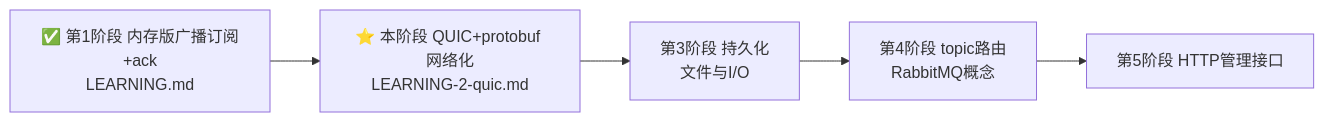
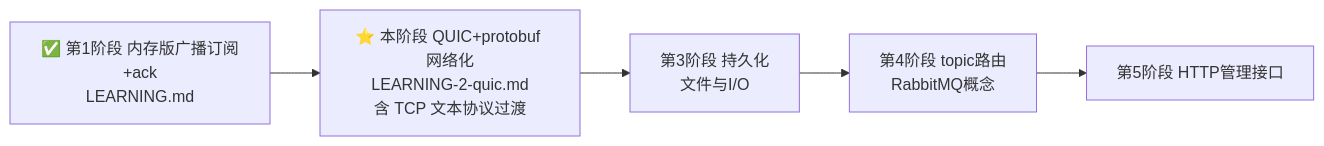
One commit to MrTwoc/Mymq-rs changed the first of 6 diagrams in LEARNING-2-quic.md. Above: the diagram before and after it, drawn with Mermaid. The commit also changed other lines of this file and 2 other files, not shown here.

Commit message:
docs: 更新学习文档并新增 TCP 过渡步骤

````diff
--- a/LEARNING-2-quic.md
+++ b/LEARNING-2-quic.md
@@ -44,7 +50,7 @@
 ```mermaid
 flowchart LR
-    S1[✅ 第1阶段 内存版广播订阅+ack<br/>LEARNING.md] --> S2[⭐ 本阶段 QUIC+protobuf 网络化<br/>LEARNING-2-quic.md]
+    S1[✅ 第1阶段 内存版广播订阅+ack<br/>LEARNING.md] --> S2[⭐ 本阶段 QUIC+protobuf 网络化<br/>LEARNING-2-quic.md<br/>含 TCP 文本协议过渡]
     S2 --> S3[第3阶段 持久化<br/>文件与I/O]
     S3 --> S4[第4阶段 topic路由<br/>RabbitMQ概念]
     S4 --> S5[第5阶段 HTTP管理接口]
 ```
````
